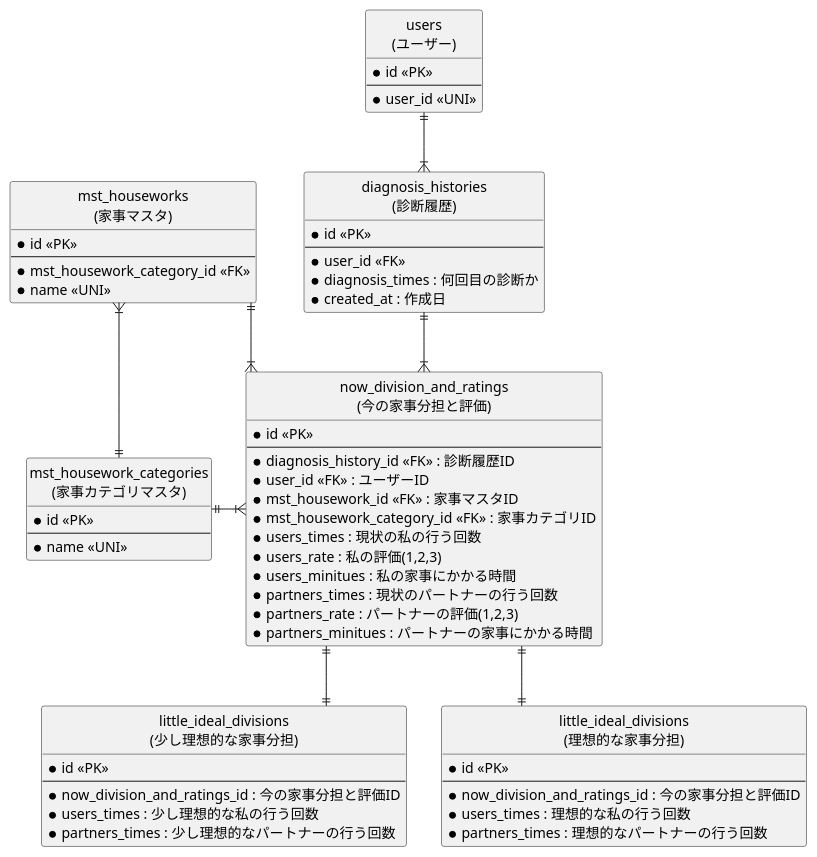
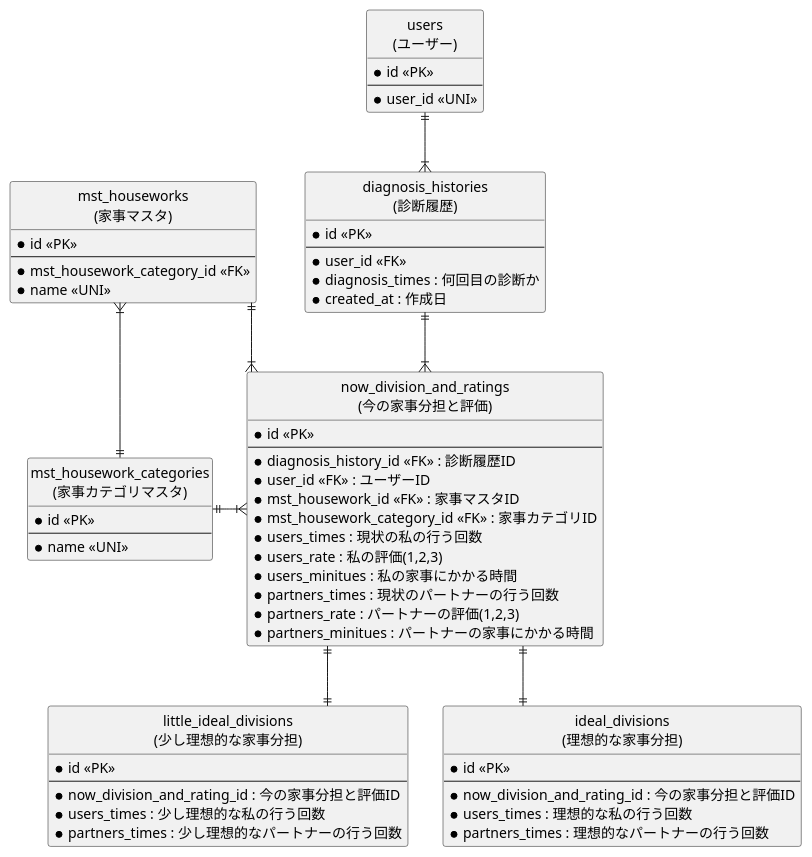
One commit to kaji-buntan-project/kaji-buntan changed the diagram in tableStructure.pu. Above: the diagram before and after it, drawn with PlantUML. The commit also changed 9 other files, not shown here.

```diff
--- a/tableStructure.pu
+++ b/tableStructure.pu
@@ -1,74 +1,74 @@
 @startuml houseWorkSharing
 ' hide the spot
 hide circle
 
 ' avoid problems with angled crows feet
 skinparam linetype ortho
 
 entity users as "users\n(ユーザー)" {
     * id <<PK>>
     --
     * user_id <<UNI>> 
 }
 
 entity mst_houseworks as "mst_houseworks\n(家事マスタ)" {
     * id <<PK>>
     --
     * mst_housework_category_id <<FK>>
     * name <<UNI>>
 }
 
 entity mst_housework_categories as "mst_housework_categories\n(家事カテゴリマスタ)" {
     * id <<PK>>
     --
     * name <<UNI>>
 }
 
 entity diagnosis_histories as "diagnosis_histories\n(診断履歴)" {
     * id <<PK>>
     --
     * user_id <<FK>>
     * diagnosis_times : 何回目の診断か
     * created_at : 作成日
 }
 
 entity now_division_and_ratings as "now_division_and_ratings\n(今の家事分担と評価)" {
     * id <<PK>>
     --
     * diagnosis_history_id <<FK>> : 診断履歴ID
     * user_id <<FK>> : ユーザーID
     * mst_housework_id <<FK>> : 家事マスタID
     * mst_housework_category_id <<FK>> : 家事カテゴリID
     * users_times : 現状の私の行う回数
     * users_rate : 私の評価(1,2,3)
     * users_minitues : 私の家事にかかる時間
     * partners_times : 現状のパートナーの行う回数
     * partners_rate : パートナーの評価(1,2,3)
     * partners_minitues : パートナーの家事にかかる時間
 }
 
 entity little_ideal_divisions as "little_ideal_divisions\n(少し理想的な家事分担)" {
     * id <<PK>>
     --
-    * now_division_and_ratings_id : 今の家事分担と評価ID
+    * now_division_and_rating_id : 今の家事分担と評価ID
     * users_times : 少し理想的な私の行う回数
     * partners_times : 少し理想的なパートナーの行う回数
 }
 
-entity ideal_divisions as "little_ideal_divisions\n(理想的な家事分担)" {
+entity ideal_divisions as "ideal_divisions\n(理想的な家事分担)" {
     * id <<PK>>
     --
-    * now_division_and_ratings_id : 今の家事分担と評価ID
+    * now_division_and_rating_id : 今の家事分担と評価ID
     * users_times : 理想的な私の行う回数
     * partners_times : 理想的なパートナーの行う回数
 }
 
 users ||--|{ diagnosis_histories
 diagnosis_histories ||--|{ now_division_and_ratings
 now_division_and_ratings ||--|| little_ideal_divisions
 now_division_and_ratings ||--|| ideal_divisions
 mst_houseworks }|--|| mst_housework_categories
 now_division_and_ratings }|-l-|| mst_houseworks
 now_division_and_ratings }|-l-|| mst_housework_categories
 
 @enduml
```
